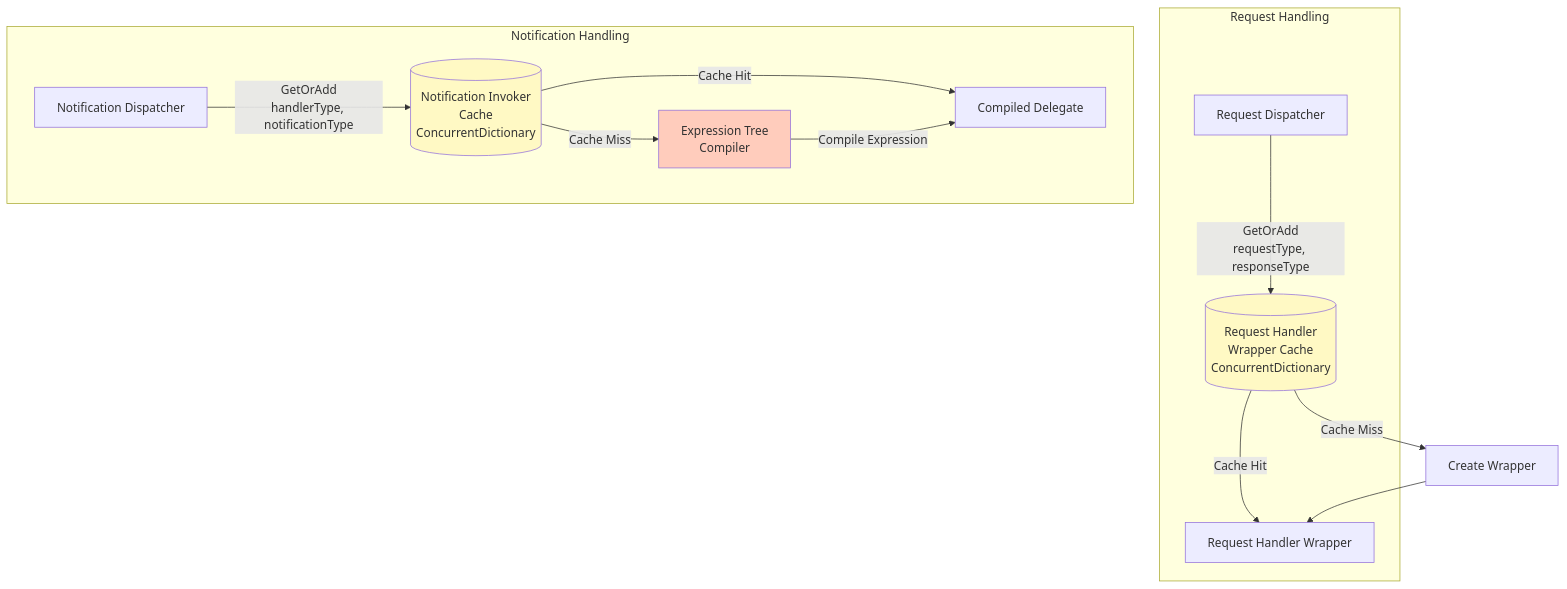
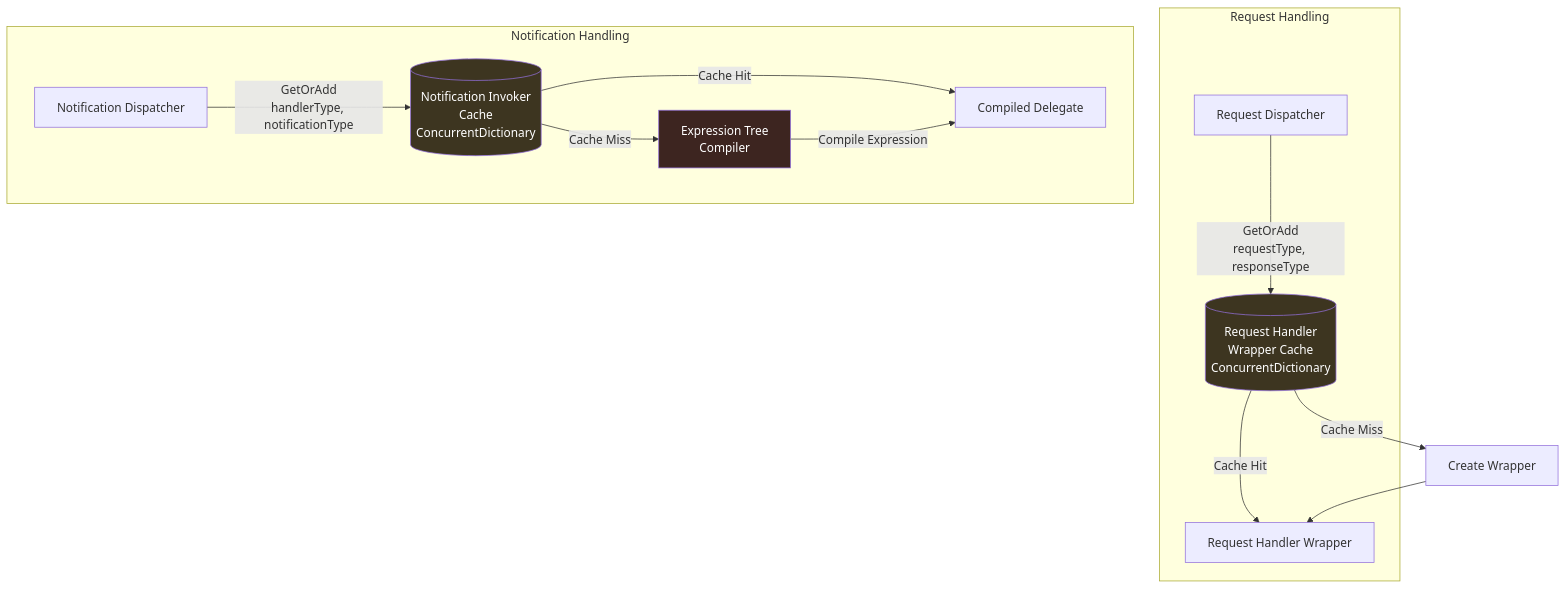
The sixth of 7 diagrams in docs/architecture/component-diagram.md (dlrivada/Encina), drawn with Mermaid before and after one commit. The commit also changed other lines of this file and 6 other files, not shown here.

First line of the commit message:
docs: replace hardcoded light-mode Mermaid colors with dark equivalents

````diff
--- a/docs/architecture/component-diagram.md
+++ b/docs/architecture/component-diagram.md
@@ -322,29 +322,29 @@
 ```mermaid
 graph TB
     subgraph "Request Handling"
         ReqDispatcher[Request Dispatcher]
         ReqCache[(Request Handler<br/>Wrapper Cache<br/>ConcurrentDictionary)]
         ReqWrapper[Request Handler Wrapper]
     end
 
     subgraph "Notification Handling"
         NotifDispatcher[Notification Dispatcher]
         InvokerCache[(Notification Invoker<br/>Cache<br/>ConcurrentDictionary)]
         Compiler[Expression Tree<br/>Compiler]
         Invoker[Compiled Delegate]
     end
 
     ReqDispatcher -->|GetOrAdd<br/>requestType, responseType| ReqCache
     ReqCache -->|Cache Hit| ReqWrapper
     ReqCache -->|Cache Miss| CreateWrapper[Create Wrapper]
     CreateWrapper --> ReqWrapper
 
     NotifDispatcher -->|GetOrAdd<br/>handlerType, notificationType| InvokerCache
     InvokerCache -->|Cache Hit| Invoker
     InvokerCache -->|Cache Miss| Compiler
     Compiler -->|Compile Expression| Invoker
 
-    style ReqCache fill:#fff9c4
-    style InvokerCache fill:#fff9c4
-    style Compiler fill:#ffccbc
+    style ReqCache fill:#3d3520,color:#fff
+    style InvokerCache fill:#3d3520,color:#fff
+    style Compiler fill:#3d2520,color:#fff
 ```
````
